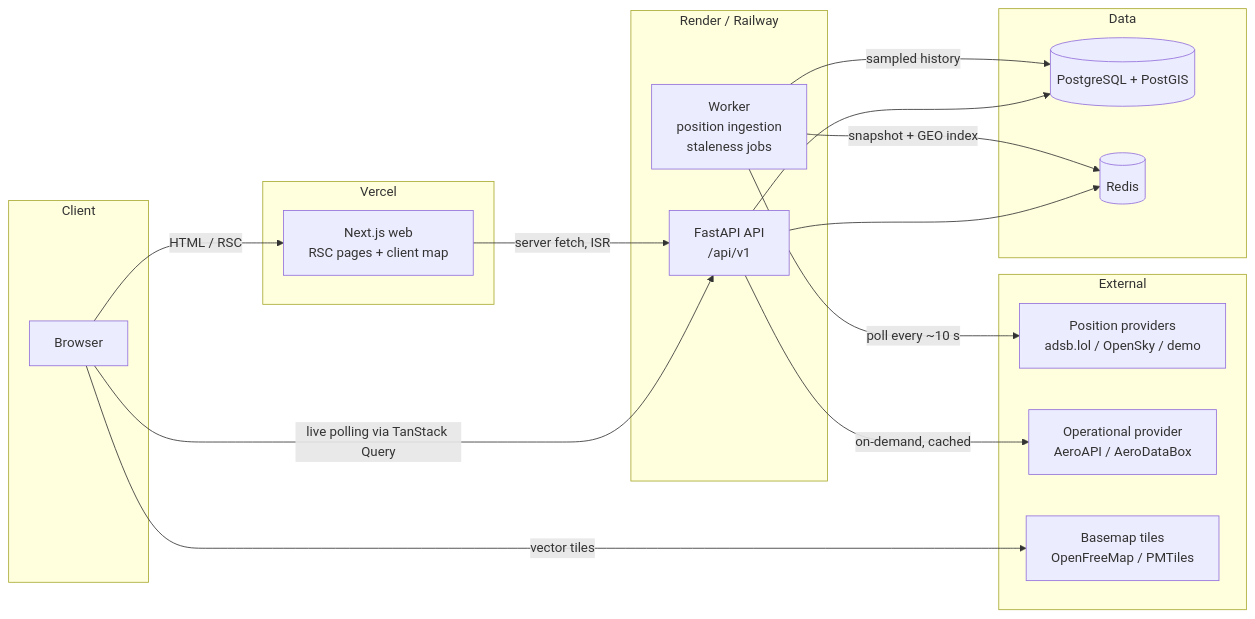
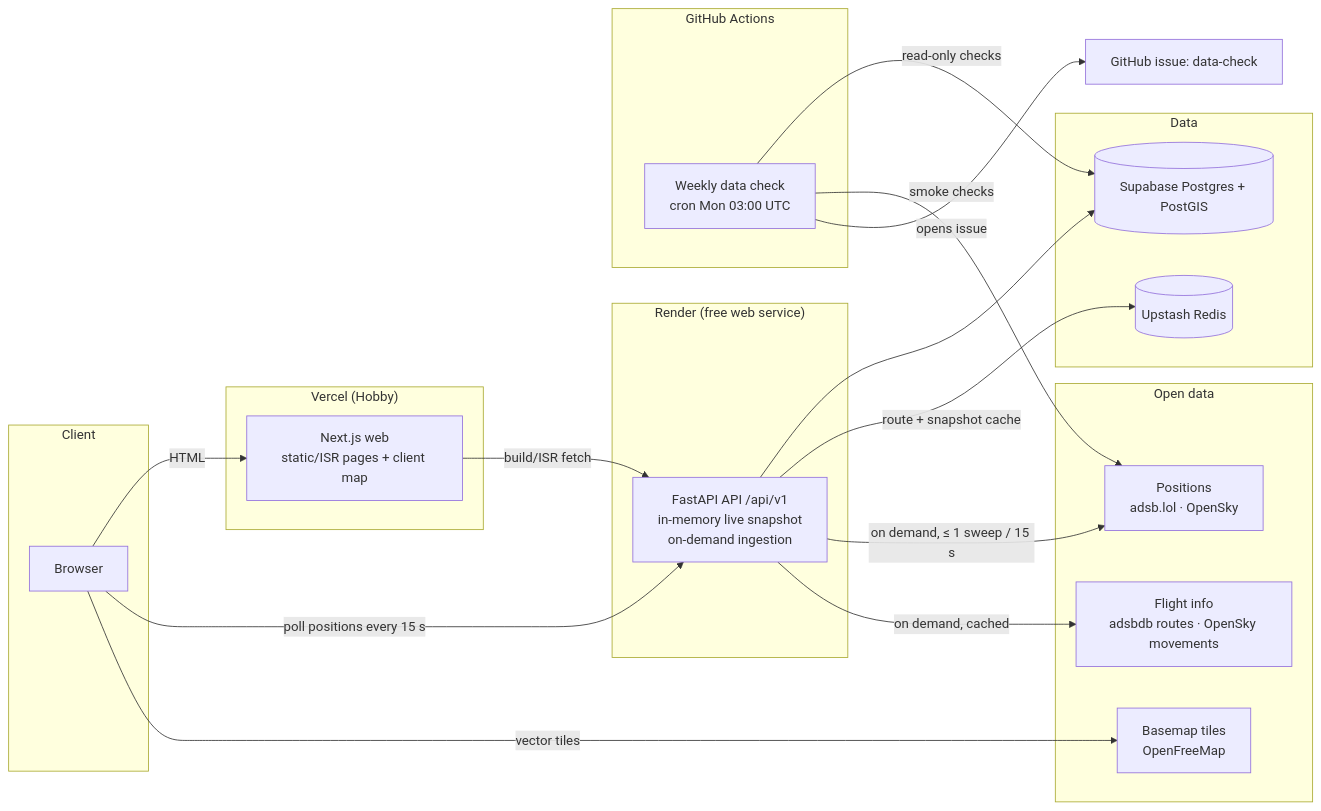
The diagram in docs/architecture/system-architecture.md (NagbhushanPai/AeroGuide), drawn with Mermaid before and after one commit. The commit also changed other lines of this file and 36 other files, not shown here.

````diff
--- a/docs/architecture/system-architecture.md
+++ b/docs/architecture/system-architecture.md
@@ -14,33 +18,36 @@
 ```mermaid
 flowchart LR
   subgraph Client
     B[Browser]
   end
-  subgraph Vercel
-    W[Next.js web<br/>RSC pages + client map]
+  subgraph "Vercel (Hobby)"
+    W[Next.js web<br/>static/ISR pages + client map]
   end
-  subgraph "Render / Railway"
-    A[FastAPI API<br/>/api/v1]
-    K[Worker<br/>position ingestion<br/>staleness jobs]
+  subgraph "Render (free web service)"
+    A[FastAPI API /api/v1<br/>in-memory live snapshot<br/>on-demand ingestion]
+  end
+  subgraph "GitHub Actions"
+    J[Weekly data check<br/>cron Mon 03:00 UTC]
   end
   subgraph Data
-    P[(PostgreSQL + PostGIS)]
-    R[(Redis)]
+    P[(Supabase Postgres + PostGIS)]
+    R[(Upstash Redis)]
   end
-  subgraph External
-    FP[Position providers<br/>adsb.lol / OpenSky / demo]
-    OP[Operational provider<br/>AeroAPI / AeroDataBox]
-    T[Basemap tiles<br/>OpenFreeMap / PMTiles]
+  subgraph "Open data"
+    FP[Positions<br/>adsb.lol · OpenSky]
+    FI[Flight info<br/>adsbdb routes · OpenSky movements]
+    T[Basemap tiles<br/>OpenFreeMap]
   end
 
-  B -->|HTML / RSC| W
-  B -->|live polling via TanStack Query| A
+  B -->|HTML| W
+  B -->|poll positions every 15 s| A
   B -->|vector tiles| T
-  W -->|server fetch, ISR| A
+  W -->|build/ISR fetch| A
   A --> P
-  A --> R
-  A -->|on-demand, cached| OP
-  K -->|poll every ~10 s| FP
-  K -->|snapshot + GEO index| R
-  K -->|sampled history| P
+  A -->|route + snapshot cache| R
+  A -->|on demand, ≤ 1 sweep / 15 s| FP
+  A -->|on demand, cached| FI
+  J -->|read-only checks| P
+  J -->|smoke checks| FP
+  J -->|opens issue| GH[GitHub issue: data-check]
 ```
````
